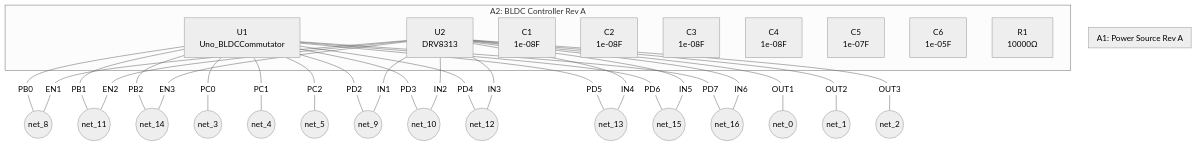
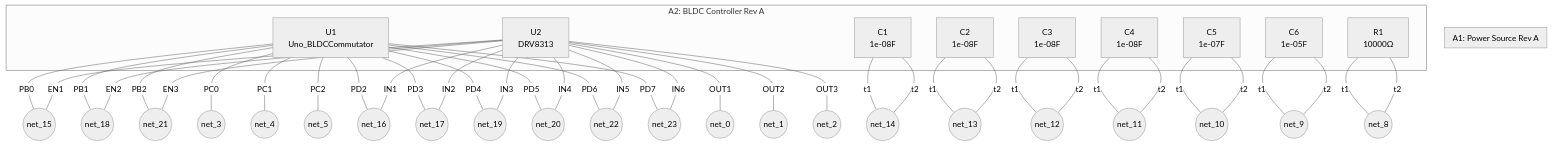
Before and after one commit to raeq/wirebench: the diagram in demos/bldc_motor/docs/BLDCSystem.mmd, drawn with Mermaid. The commit also changed 114 other files, not shown here.

```diff
--- a/demos/bldc_motor/docs/BLDCSystem.mmd
+++ b/demos/bldc_motor/docs/BLDCSystem.mmd
@@ -1,54 +1,75 @@
 %%{init: {"theme": "neutral"}}%%
 flowchart TD
     subgraph A1["A1: Power Source Rev A"]
     end
     subgraph A2["A2: BLDC Controller Rev A"]
         U1["U1<br/>Uno_BLDCCommutator"]
         U2["U2<br/>DRV8313"]
         C1["C1<br/>1e-08F"]
         C2["C2<br/>1e-08F"]
         C3["C3<br/>1e-08F"]
         C4["C4<br/>1e-08F"]
         C5["C5<br/>1e-07F"]
         C6["C6<br/>1e-05F"]
         R1["R1<br/>10000Ω"]
     end
+    net_14(("net_14"))
+    net_13(("net_13"))
+    net_12(("net_12"))
+    net_11(("net_11"))
+    net_10(("net_10"))
+    net_9(("net_9"))
     net_8(("net_8"))
-    net_11(("net_11"))
-    net_14(("net_14"))
+    net_15(("net_15"))
+    net_18(("net_18"))
+    net_21(("net_21"))
     net_3(("net_3"))
     net_4(("net_4"))
     net_5(("net_5"))
-    net_9(("net_9"))
-    net_10(("net_10"))
-    net_12(("net_12"))
-    net_13(("net_13"))
-    net_15(("net_15"))
     net_16(("net_16"))
+    net_17(("net_17"))
+    net_19(("net_19"))
+    net_20(("net_20"))
+    net_22(("net_22"))
+    net_23(("net_23"))
     net_0(("net_0"))
     net_1(("net_1"))
     net_2(("net_2"))
-    U1 ---|"PB0"| net_8
-    U1 ---|"PB1"| net_11
-    U1 ---|"PB2"| net_14
+    C1 ---|"t1"| net_14
+    C1 ---|"t2"| net_14
+    C2 ---|"t1"| net_13
+    C2 ---|"t2"| net_13
+    C3 ---|"t1"| net_12
+    C3 ---|"t2"| net_12
+    C4 ---|"t1"| net_11
+    C4 ---|"t2"| net_11
+    C5 ---|"t1"| net_10
+    C5 ---|"t2"| net_10
+    C6 ---|"t1"| net_9
+    C6 ---|"t2"| net_9
+    R1 ---|"t1"| net_8
+    R1 ---|"t2"| net_8
+    U1 ---|"PB0"| net_15
+    U1 ---|"PB1"| net_18
+    U1 ---|"PB2"| net_21
     U1 ---|"PC0"| net_3
     U1 ---|"PC1"| net_4
     U1 ---|"PC2"| net_5
-    U1 ---|"PD2"| net_9
-    U1 ---|"PD3"| net_10
-    U1 ---|"PD4"| net_12
-    U1 ---|"PD5"| net_13
-    U1 ---|"PD6"| net_15
-    U1 ---|"PD7"| net_16
-    U2 ---|"EN1"| net_8
-    U2 ---|"EN2"| net_11
-    U2 ---|"EN3"| net_14
-    U2 ---|"IN1"| net_9
-    U2 ---|"IN2"| net_10
-    U2 ---|"IN3"| net_12
-    U2 ---|"IN4"| net_13
-    U2 ---|"IN5"| net_15
-    U2 ---|"IN6"| net_16
+    U1 ---|"PD2"| net_16
+    U1 ---|"PD3"| net_17
+    U1 ---|"PD4"| net_19
+    U1 ---|"PD5"| net_20
+    U1 ---|"PD6"| net_22
+    U1 ---|"PD7"| net_23
+    U2 ---|"EN1"| net_15
+    U2 ---|"EN2"| net_18
+    U2 ---|"EN3"| net_21
+    U2 ---|"IN1"| net_16
+    U2 ---|"IN2"| net_17
+    U2 ---|"IN3"| net_19
+    U2 ---|"IN4"| net_20
+    U2 ---|"IN5"| net_22
+    U2 ---|"IN6"| net_23
     U2 ---|"OUT1"| net_0
     U2 ---|"OUT2"| net_1
     U2 ---|"OUT3"| net_2
```
